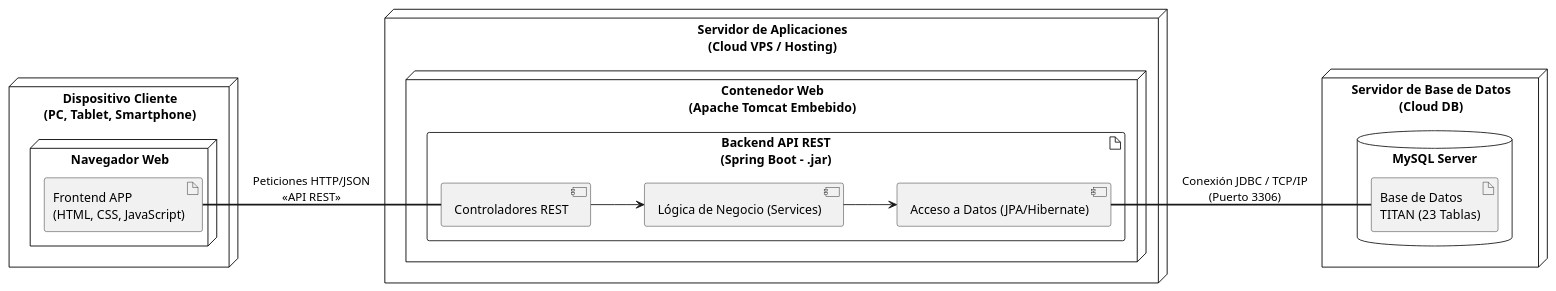
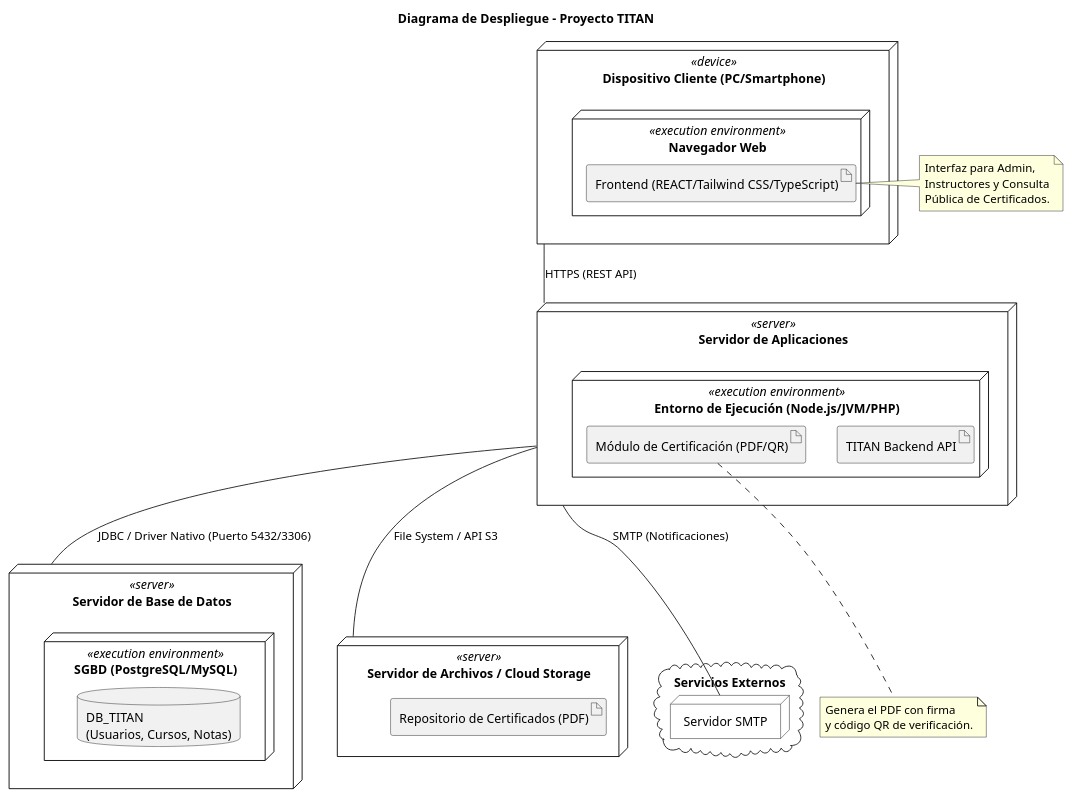
Before and after one commit to Johan-Millan/Proyecto-TITAN: the diagram in FASE 2/4. DESPLIEGUE/despliegue.puml, drawn with PlantUML.

Commit message:
Update deployment diagram for Proyecto TITAN

```diff
--- a/FASE 2/4. DESPLIEGUE/despliegue.puml
+++ b/FASE 2/4. DESPLIEGUE/despliegue.puml
@@ -1,37 +1,56 @@
 @startuml
-left to right direction
+title Diagrama de Despliegue - Proyecto TITAN
+
+skinparam componentStyle uml2
 skinparam node {
     BackgroundColor White
     BorderColor Black
 }
 
-node "Dispositivo Cliente\n(PC, Tablet, Smartphone)" as Client {
-    node "Navegador Web" as Browser {
-        artifact "Frontend APP\n(HTML, CSS, JavaScript)" as UI
+' Definición de los nodos de hardware y software
+
+node "Dispositivo Cliente (PC/Smartphone)" <<device>> as Client {
+    node "Navegador Web" <<execution environment>> {
+        artifact "Frontend (REACT/Tailwind CSS/TypeScript)" as UI
     }
 }
 
-node "Servidor de Aplicaciones\n(Cloud VPS / Hosting)" as AppServer {
-    node "Contenedor Web\n(Apache Tomcat Embebido)" as Tomcat {
-        artifact "Backend API REST\n(Spring Boot - .jar)" as SpringApp {
-            component "Controladores REST" as Controllers
-            component "Lógica de Negocio (Services)" as Services
-            component "Acceso a Datos (JPA/Hibernate)" as DAO
-            
-            Controllers --> Services
-            Services --> DAO
-        }
+node "Servidor de Aplicaciones" <<server>> as AppServer {
+    node "Entorno de Ejecución (Node.js/JVM/PHP)" <<execution environment>> as Runtime {
+        artifact "TITAN Backend API" as API
+        artifact "Módulo de Certificación (PDF/QR)" as CertModule
     }
 }
 
-node "Servidor de Base de Datos\n(Cloud DB)" as DBServer {
-    database "MySQL Server" as MySQL {
-        artifact "Base de Datos\nTITAN (23 Tablas)" as DB
+node "Servidor de Base de Datos" <<server>> as DBServer {
+    node "SGBD (PostgreSQL/MySQL)" <<execution environment>> as DBMS {
+        database "DB_TITAN\n(Usuarios, Cursos, Notas)" as DB
     }
 }
 
-' Relaciones de red y comunicación
-UI == Controllers : "Peticiones HTTP/JSON\n<<API REST>>"
-DAO == DB : "Conexión JDBC / TCP/IP\n(Puerto 3306)"
+node "Servidor de Archivos / Cloud Storage" <<server>> as FileServer {
+    artifact "Repositorio de Certificados (PDF)" as PDFDocs
+}
+
+cloud "Servicios Externos" {
+    node "Servidor SMTP" as EmailService
+}
+
+' Relaciones y protocolos
+Client -- AppServer : "HTTPS (REST API)"
+AppServer -- DBServer : "JDBC / Driver Nativo (Puerto 5432/3306)"
+AppServer -- FileServer : "File System / API S3"
+AppServer -- EmailService : "SMTP (Notificaciones)"
+
+note right of UI
+  Interfaz para Admin,
+  Instructores y Consulta
+  Pública de Certificados.
+end note
+
+note bottom of CertModule
+  Genera el PDF con firma
+  y código QR de verificación.
+end note
 
 @enduml
```
